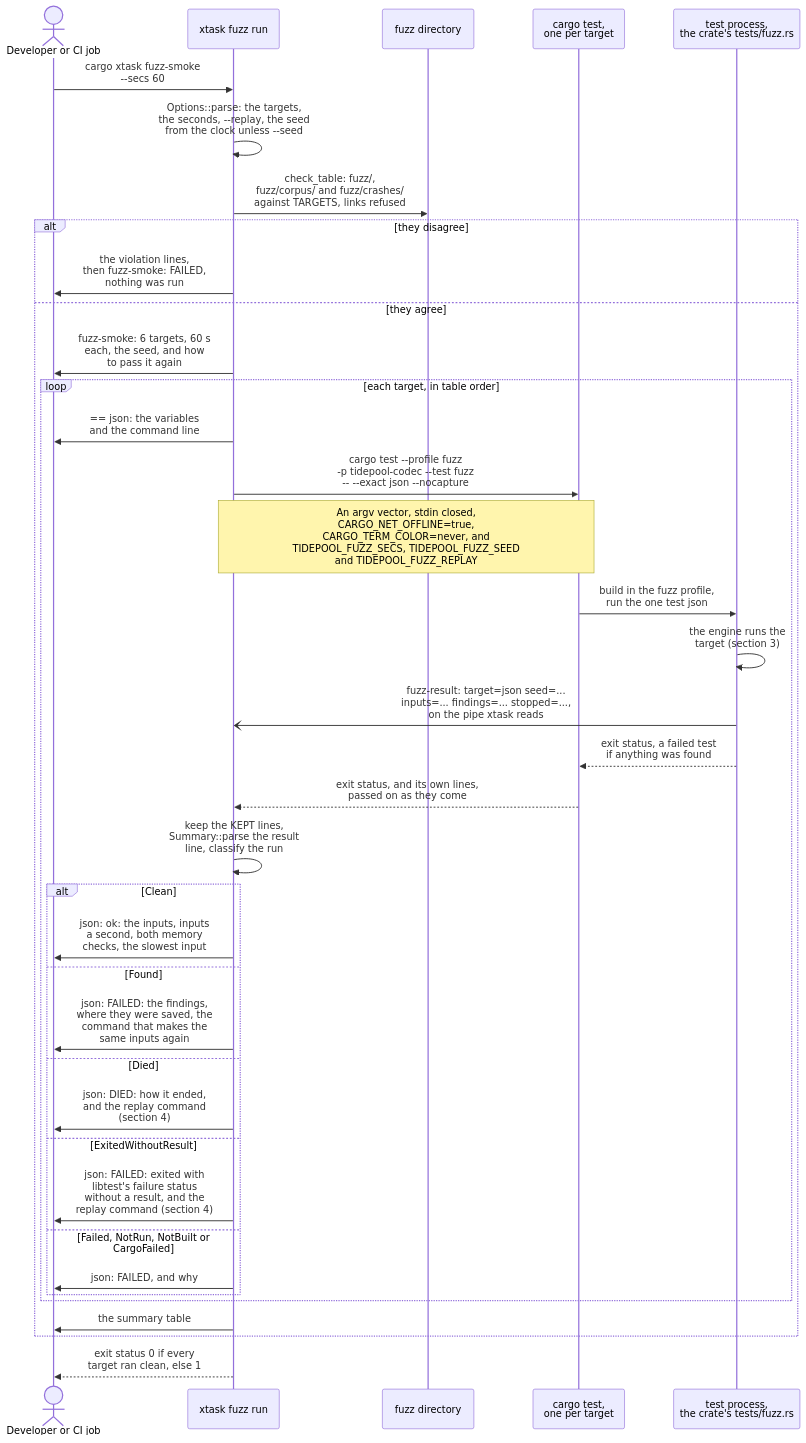
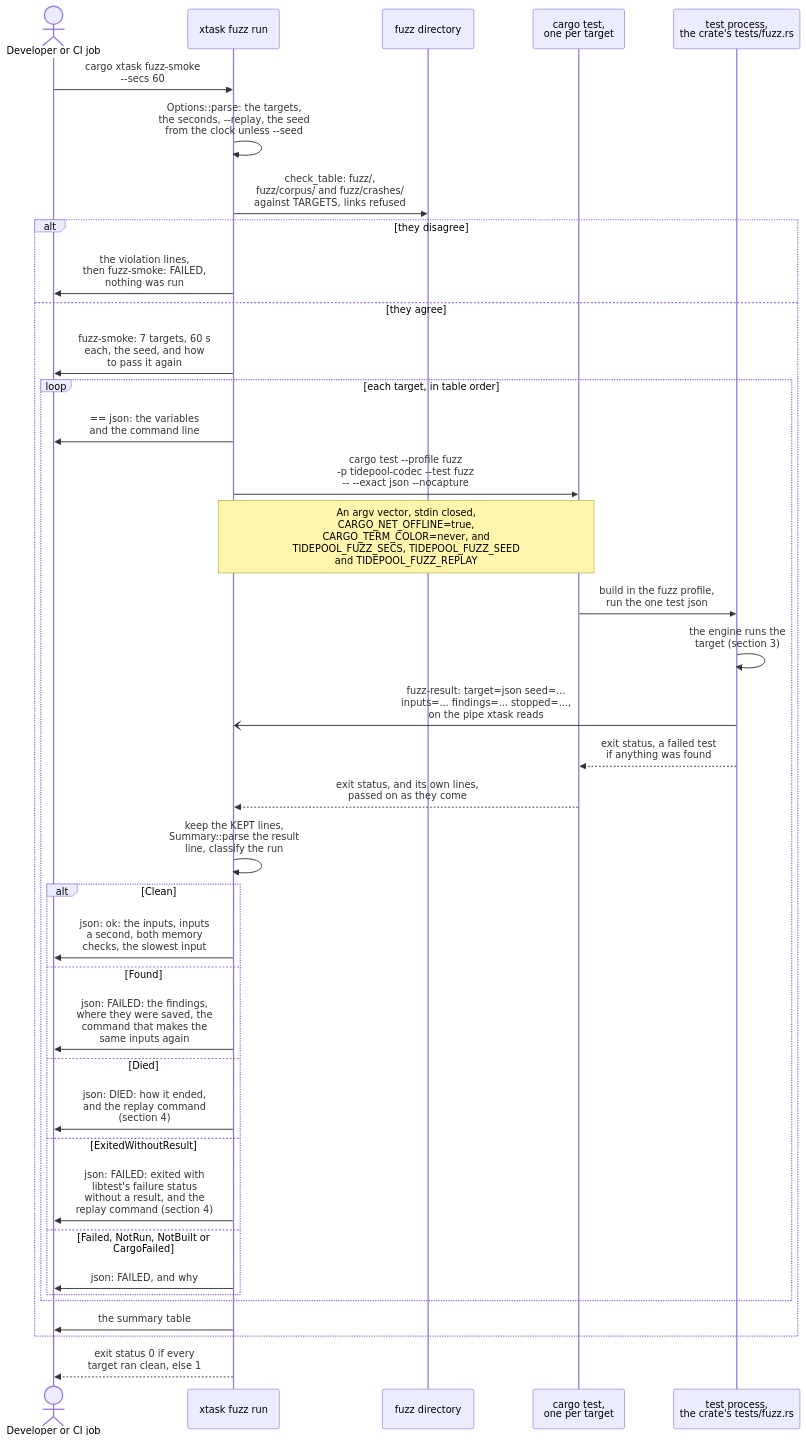
Before and after one commit to jabbott-iii/Tidepool: the third of 24 diagrams in diagrams/sequence-diagrams.md, drawn with Mermaid. The commit also changed other lines of this file and 41 other files, not shown here.

````diff
--- a/diagrams/sequence-diagrams.md
+++ b/diagrams/sequence-diagrams.md
@@ -205,41 +205,41 @@
 ```mermaid
 sequenceDiagram
     actor Dev as Developer or CI job
     participant Smoke as xtask fuzz run
     participant Fz as fuzz directory
     participant Cargo as cargo test,<br/>one per target
     participant Test as test process,<br/>the crate's tests/fuzz.rs
 
     Dev->>Smoke: cargo xtask fuzz-smoke<br/>--secs 60
     Smoke->>Smoke: Options::parse: the targets,<br/>the seconds, --replay, the seed<br/>from the clock unless --seed
     Smoke->>Fz: check_table: fuzz/,<br/>fuzz/corpus/ and fuzz/crashes/<br/>against TARGETS, links refused
     alt they disagree
         Smoke->>Dev: the violation lines,<br/>then fuzz-smoke: FAILED,<br/>nothing was run
     else they agree
-        Smoke->>Dev: fuzz-smoke: 6 targets, 60 s<br/>each, the seed, and how<br/>to pass it again
+        Smoke->>Dev: fuzz-smoke: 7 targets, 60 s<br/>each, the seed, and how<br/>to pass it again
         loop each target, in table order
             Smoke->>Dev: == json: the variables<br/>and the command line
             Smoke->>Cargo: cargo test --profile fuzz<br/>-p tidepool-codec --test fuzz<br/>-- --exact json --nocapture
             Note over Smoke,Cargo: An argv vector, stdin closed,<br/>CARGO_NET_OFFLINE=true,<br/>CARGO_TERM_COLOR=never, and<br/>TIDEPOOL_FUZZ_SECS, TIDEPOOL_FUZZ_SEED<br/>and TIDEPOOL_FUZZ_REPLAY
             Cargo->>Test: build in the fuzz profile,<br/>run the one test json
             Test->>Test: the engine runs the<br/>target (section 3)
             Test-)Smoke: fuzz-result: target=json seed=...<br/>inputs=... findings=... stopped=...,<br/>on the pipe xtask reads
             Test-->>Cargo: exit status, a failed test<br/>if anything was found
             Cargo-->>Smoke: exit status, and its own lines,<br/>passed on as they come
             Smoke->>Smoke: keep the KEPT lines,<br/>Summary::parse the result<br/>line, classify the run
             alt Clean
                 Smoke->>Dev: json: ok: the inputs, inputs<br/>a second, both memory<br/>checks, the slowest input
             else Found
                 Smoke->>Dev: json: FAILED: the findings,<br/>where they were saved, the<br/>command that makes the<br/>same inputs again
             else Died
                 Smoke->>Dev: json: DIED: how it ended,<br/>and the replay command<br/>(section 4)
             else ExitedWithoutResult
                 Smoke->>Dev: json: FAILED: exited with<br/>libtest's failure status<br/>without a result, and the<br/>replay command (section 4)
             else Failed, NotRun, NotBuilt or CargoFailed
                 Smoke->>Dev: json: FAILED, and why
             end
         end
         Smoke->>Dev: the summary table
     end
     Smoke-->>Dev: exit status 0 if every<br/>target ran clean, else 1
 ```
````
